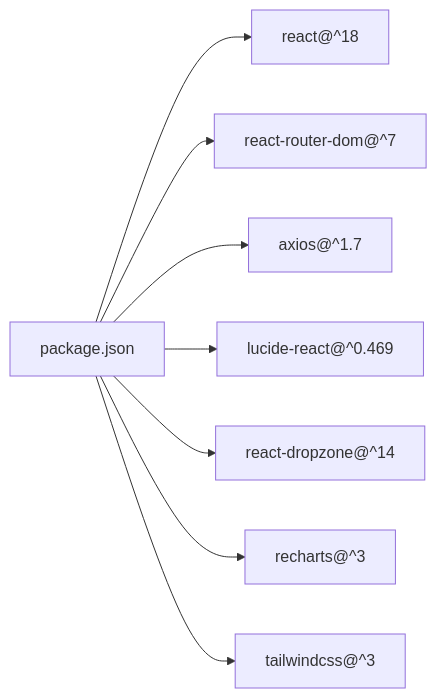
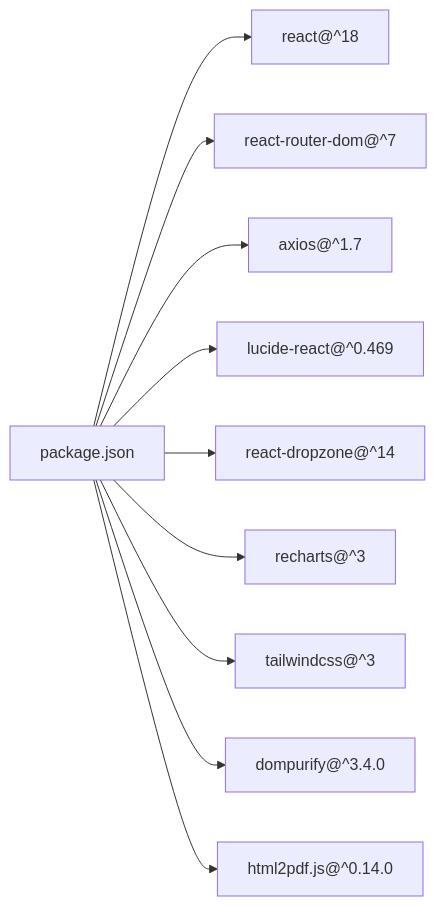
Before and after one commit to Revanththetalogics/aireume: diagram 23 of 24 in .qoder/repowiki/en/content/Frontend Architecture/Frontend Architecture.md, drawn with Mermaid. The commit also changed other lines of this file and 61 other files, not shown here.

````diff
--- a/.qoder/repowiki/en/content/Frontend Architecture/Frontend Architecture.md
+++ b/.qoder/repowiki/en/content/Frontend Architecture/Frontend Architecture.md
@@ -768,10 +1012,12 @@
 ```mermaid
 graph LR
 Pkg["package.json"] --> React["react@^18"]
 Pkg --> Router["react-router-dom@^7"]
 Pkg --> Axios["axios@^1.7"]
 Pkg --> Icons["lucide-react@^0.469"]
 Pkg --> Drop["react-dropzone@^14"]
 Pkg --> Charts["recharts@^3"]
 Pkg --> Tailwind["tailwindcss@^3"]
+Pkg --> DOMPurify["dompurify@^3.4.0"]
+Pkg --> HTML2PDF["html2pdf.js@^0.14.0"]
 ```
````
